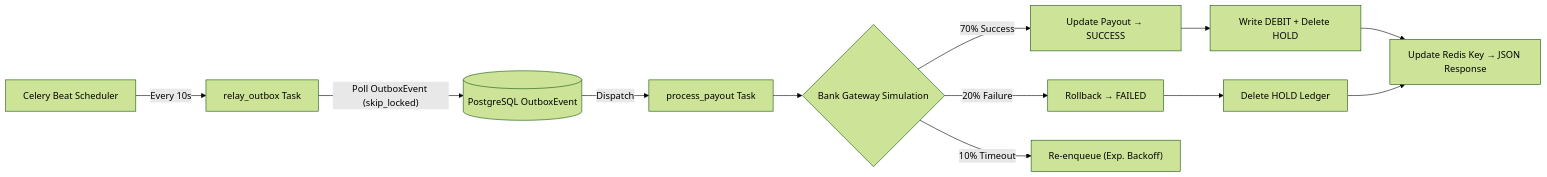
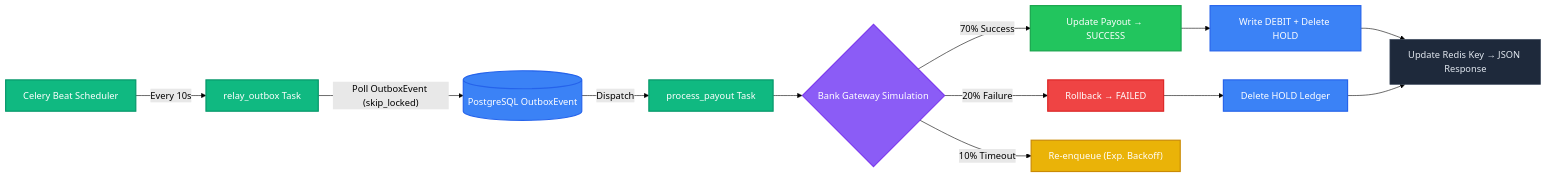
The second of 4 diagrams in README.md (distroaryan/playo), drawn with Mermaid (forest theme) before and after one commit. The commit also changed other lines of this file and 5 other files, not shown here.

````diff
--- a/README.md
+++ b/README.md
@@ -63,17 +75,26 @@
 ```mermaid
 flowchart LR
-    CeleryBeat[Celery Beat Scheduler] --> |Every 10s| RelayTask[relay_outbox Task]
-    RelayTask --> |"Poll OutboxEvent (skip_locked)"| DB_Outbox[(PostgreSQL OutboxEvent)]
-    DB_Outbox --> |Dispatch| ProcessTask[process_payout Task]
+    %% Define colors
+    classDef default fill:#1E293B,stroke:#475569,stroke-width:1px,color:#E2E8F0;
+    classDef celery fill:#10b981,stroke:#059669,stroke-width:2px,color:#ffffff;
+    classDef db fill:#3b82f6,stroke:#2563eb,stroke-width:2px,color:#ffffff;
+    classDef bank fill:#8b5cf6,stroke:#7c3aed,stroke-width:2px,color:#ffffff;
+    classDef success fill:#22c55e,stroke:#16a34a,stroke-width:2px,color:#ffffff;
+    classDef failure fill:#ef4444,stroke:#dc2626,stroke-width:2px,color:#ffffff;
+    classDef retry fill:#eab308,stroke:#ca8a04,stroke-width:2px,color:#ffffff;
     
-    ProcessTask --> Simulation{Bank Gateway Simulation}
-    Simulation -- "70% Success" --> SuccessPath[Update Payout → SUCCESS]
-    Simulation -- "20% Failure" --> FailPath[Rollback → FAILED]
-    Simulation -- "10% Timeout" --> RetryPath["Re-enqueue (Exp. Backoff)"]
+    CeleryBeat[Celery Beat Scheduler]:::celery --> |Every 10s| RelayTask[relay_outbox Task]:::celery
+    RelayTask --> |"Poll OutboxEvent (skip_locked)"| DB_Outbox[(PostgreSQL OutboxEvent)]:::db
+    DB_Outbox --> |Dispatch| ProcessTask[process_payout Task]:::celery
     
-    SuccessPath --> WriteLedger["Write DEBIT + Delete HOLD"]
-    FailPath --> DeleteHold[Delete HOLD Ledger]
+    ProcessTask --> Simulation{Bank Gateway Simulation}:::bank
+    Simulation -- "70% Success" --> SuccessPath[Update Payout → SUCCESS]:::success
+    Simulation -- "20% Failure" --> FailPath[Rollback → FAILED]:::failure
+    Simulation -- "10% Timeout" --> RetryPath["Re-enqueue (Exp. Backoff)"]:::retry
     
-    WriteLedger --> UpdateRedis["Update Redis Key → JSON Response"]
+    SuccessPath --> WriteLedger["Write DEBIT + Delete HOLD"]:::db
+    FailPath --> DeleteHold[Delete HOLD Ledger]:::db
+    
+    WriteLedger --> UpdateRedis["Update Redis Key → JSON Response"]:::redis
     DeleteHold --> UpdateRedis
 ```
````
